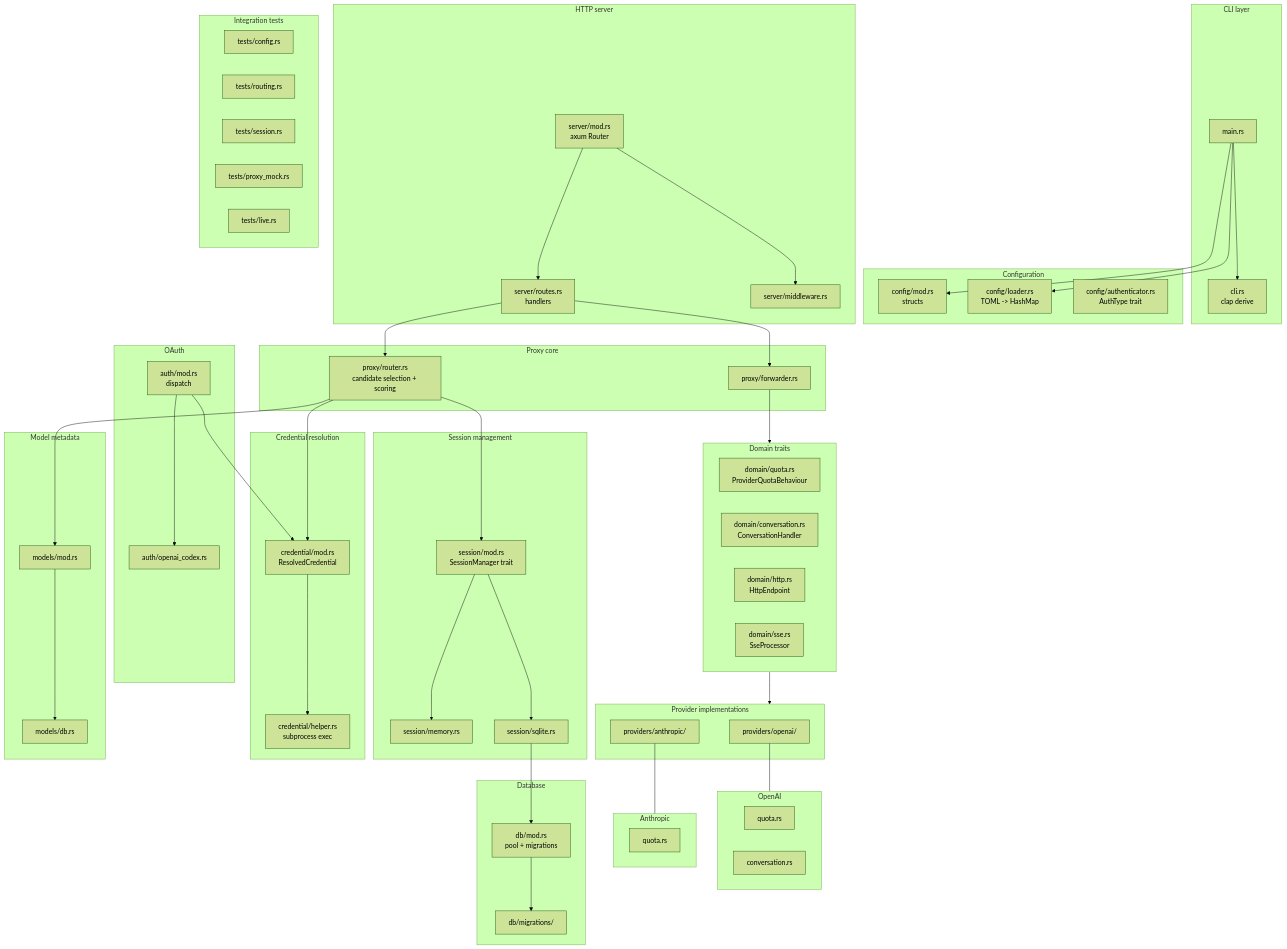
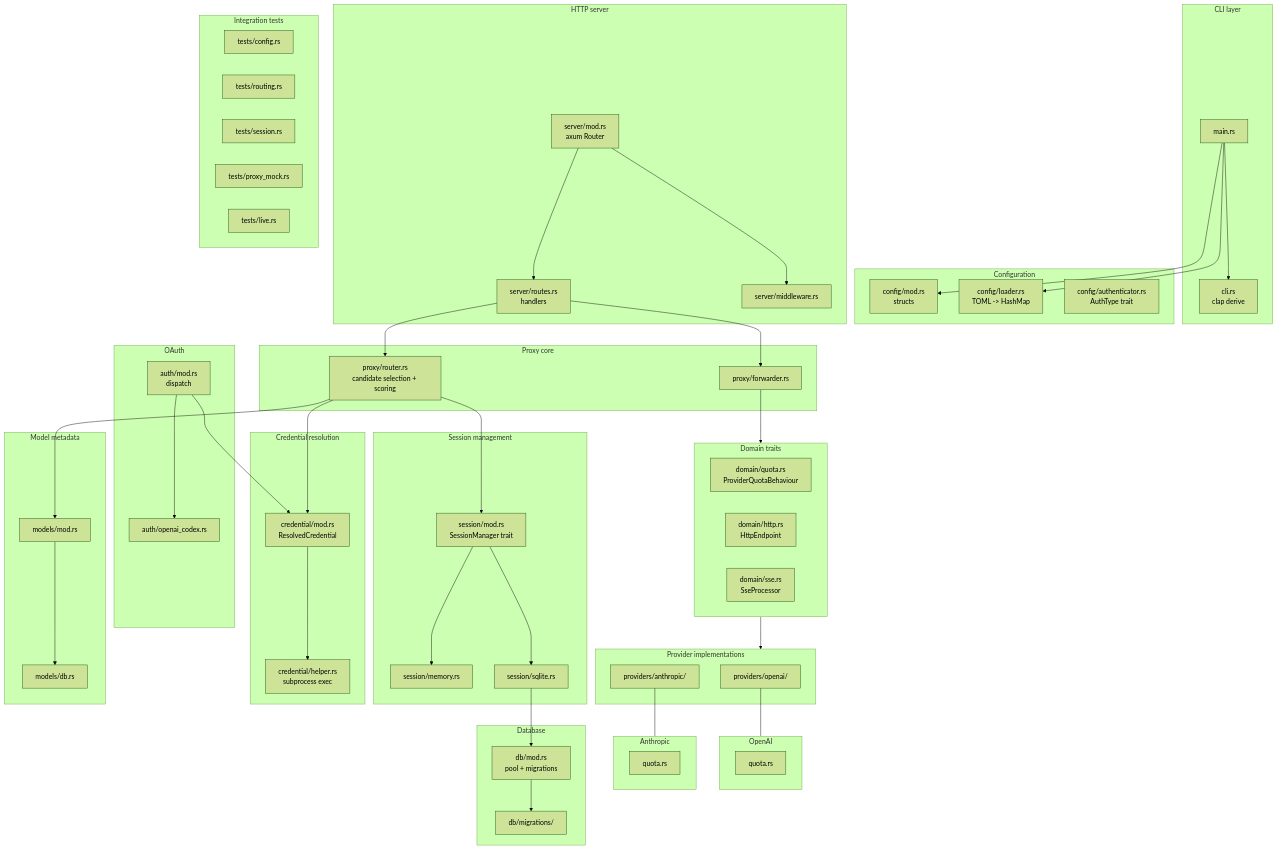
Before and after one commit to throwparty/agentkit: the second of 3 diagrams in docs/docs/dev/switchboard/architecture.mdx, drawn with Mermaid (forest theme). The commit also changed other lines of this file and 7 other files, not shown here.

```diff
--- a/docs/docs/dev/switchboard/architecture.mdx
+++ b/docs/docs/dev/switchboard/architecture.mdx
@@ -53,7 +53,6 @@
 
     subgraph Domain["Domain traits"]
         quota["domain/quota.rs<br/>ProviderQuotaBehaviour"]
-        conv["domain/conversation.rs<br/>ConversationHandler"]
         http["domain/http.rs<br/>HttpEndpoint"]
         sse["domain/sse.rs<br/>SseProcessor"]
     end
@@ -65,7 +64,6 @@
 
     subgraph Subopenai["OpenAI"]
         oai_quota["quota.rs"]
-        oai_conv["conversation.rs"]
     end
 
     subgraph Subanthropic["Anthropic"]
```
